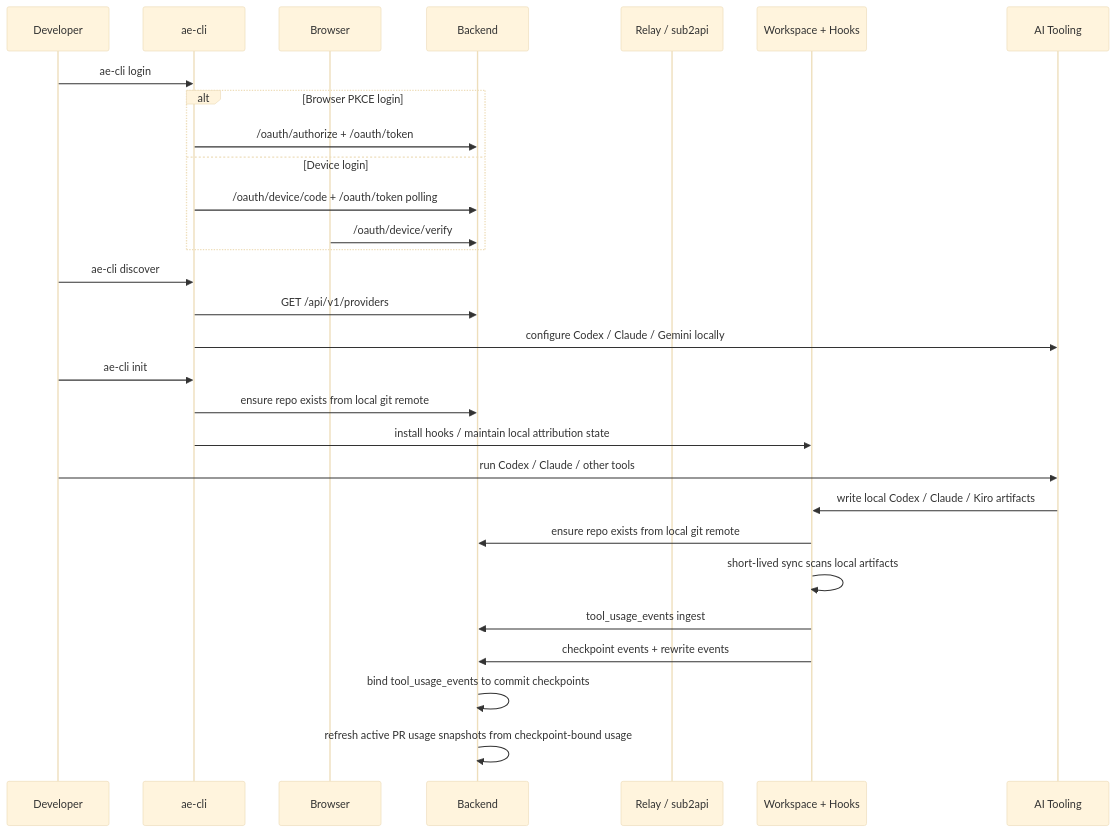
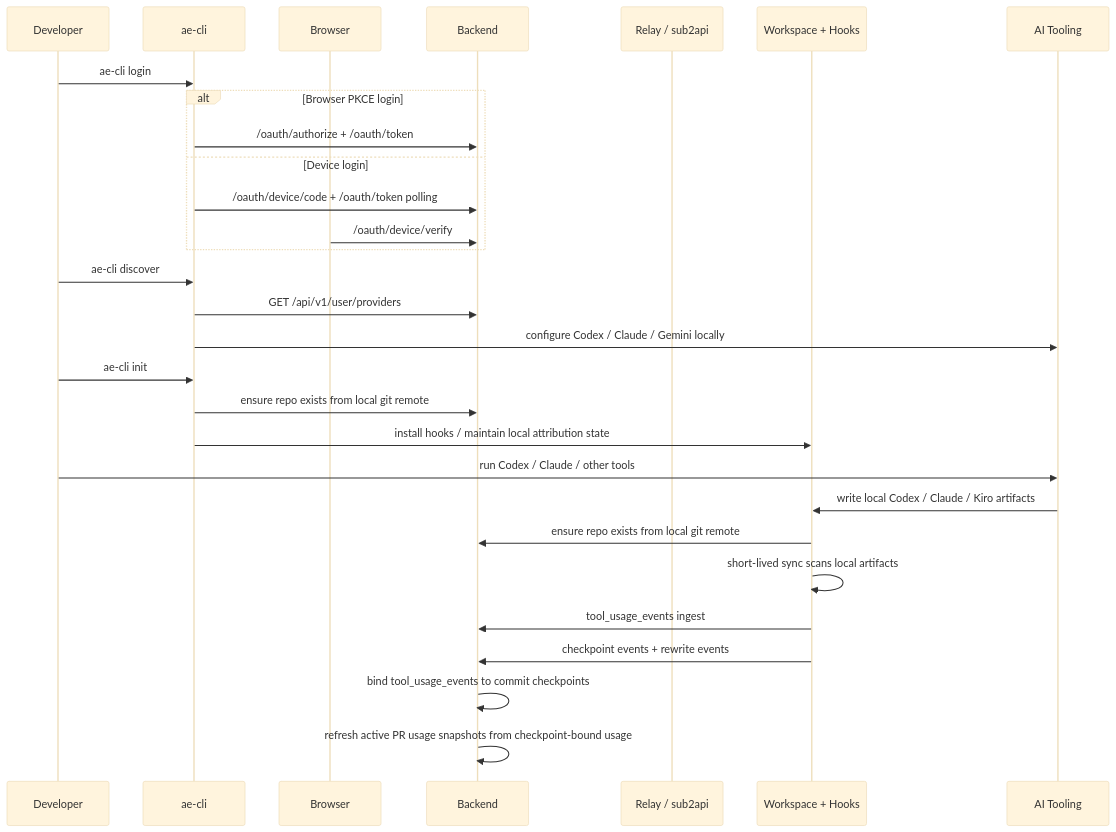
The third of 4 diagrams in docs/architecture.md (LichKing-2234/ai-efficiency), drawn with Mermaid (base theme) before and after one commit. The commit also changed other lines of this file and 12 other files, not shown here.

Commit message:
fix(ae-cli): align setup checklist discovery flow

````diff
--- a/docs/architecture.md
+++ b/docs/architecture.md
@@ -128,32 +128,32 @@
 ```mermaid
 sequenceDiagram
     participant Dev as Developer
     participant CLI as ae-cli
     participant Browser as Browser
     participant BE as Backend
     participant Relay as Relay / sub2api
     participant WS as Workspace + Hooks
     participant Tool as AI Tooling
 
     Dev->>CLI: ae-cli login
     alt Browser PKCE login
         CLI->>BE: /oauth/authorize + /oauth/token
     else Device login
         CLI->>BE: /oauth/device/code + /oauth/token polling
         Browser->>BE: /oauth/device/verify
     end
     Dev->>CLI: ae-cli discover
-    CLI->>BE: GET /api/v1/providers
+    CLI->>BE: GET /api/v1/user/providers
     CLI->>Tool: configure Codex / Claude / Gemini locally
     Dev->>CLI: ae-cli init
     CLI->>BE: ensure repo exists from local git remote
     CLI->>WS: install hooks / maintain local attribution state
     Dev->>Tool: run Codex / Claude / other tools
     Tool->>WS: write local Codex / Claude / Kiro artifacts
     WS->>BE: ensure repo exists from local git remote
     WS->>WS: short-lived sync scans local artifacts
     WS->>BE: tool_usage_events ingest
     WS->>BE: checkpoint events + rewrite events
     BE->>BE: bind tool_usage_events to commit checkpoints
     BE->>BE: refresh active PR usage snapshots from checkpoint-bound usage
 ```
````
